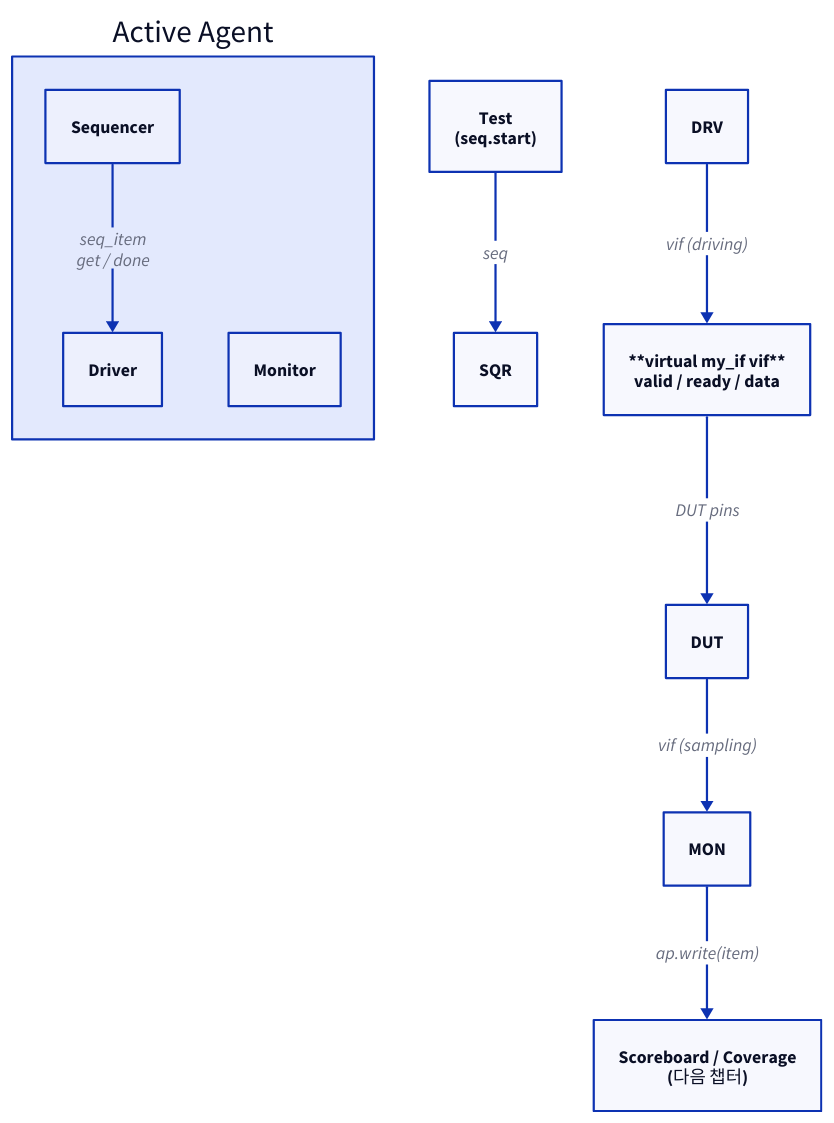
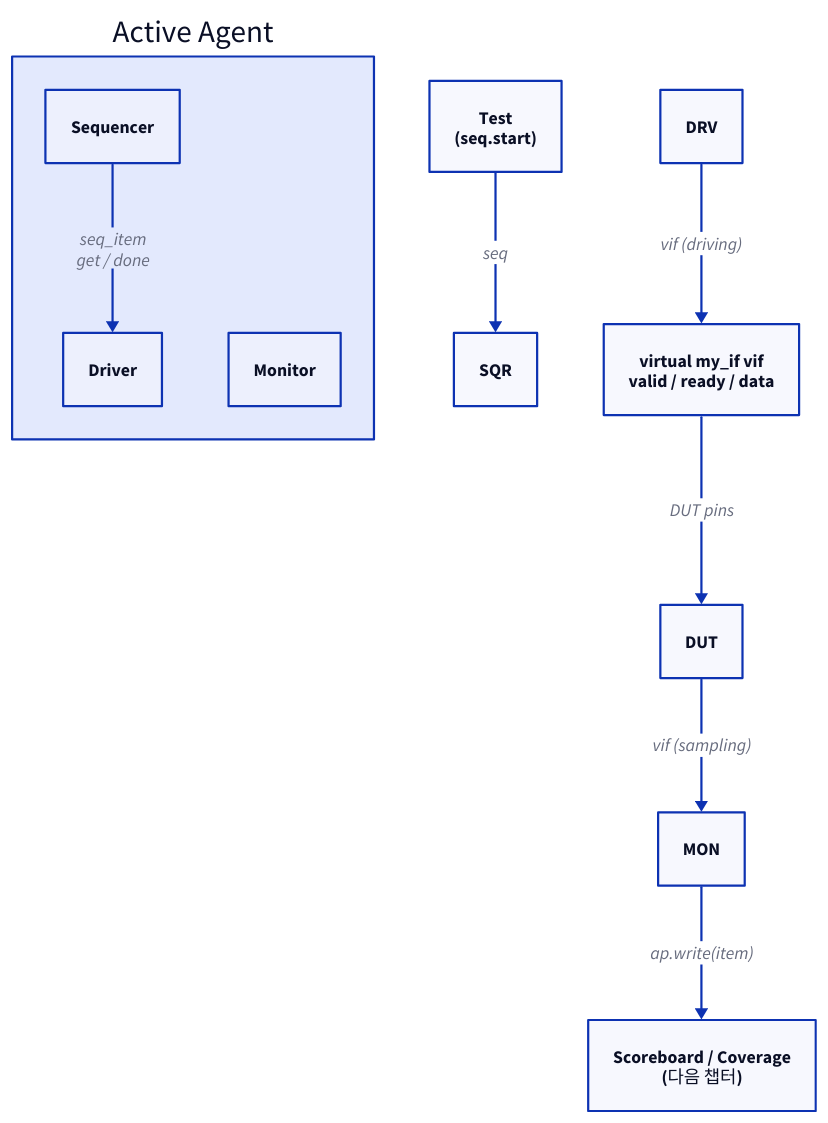
The first of 5 diagrams in starlight_site/src/content/docs/uvm/02_agent_driver_monitor.md (humbleowl39/DV_SKOOL), drawn with D2 before and after one commit. The commit also changed other lines of this file and 714 other files, not shown here.

First line of the commit message:
fix(site): d2 다이어그램 가독성 결함 6종 일괄 수정

````diff
--- a/starlight_site/src/content/docs/uvm/02_agent_driver_monitor.md
+++ b/starlight_site/src/content/docs/uvm/02_agent_driver_monitor.md
@@ -41,20 +41,20 @@
 ```d2
 direction: down
 
 TEST: "Test\n(seq.start)"
 AGENT: "Active Agent" {
   direction: down
   SQR: "Sequencer"
   DRV: "Driver"
   MON: "Monitor"
   SQR -> DRV: "seq_item\nget / done"
 }
-VIF: "**virtual my_if vif**\nvalid / ready / data"
+VIF: "virtual my_if vif\nvalid / ready / data"
 DUT: "DUT"
 SB: "Scoreboard / Coverage\n(다음 챕터)"
 TEST -> SQR: "seq"
 DRV -> VIF: "vif (driving)"
 VIF -> DUT: "DUT pins"
 DUT -> MON: "vif (sampling)"
 MON -> SB: "ap.write(item)"
 ```
````
